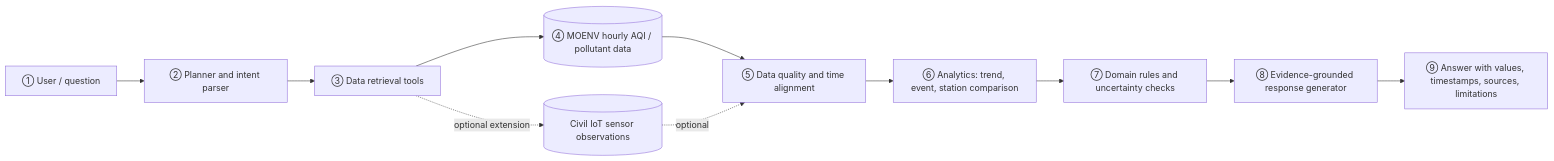
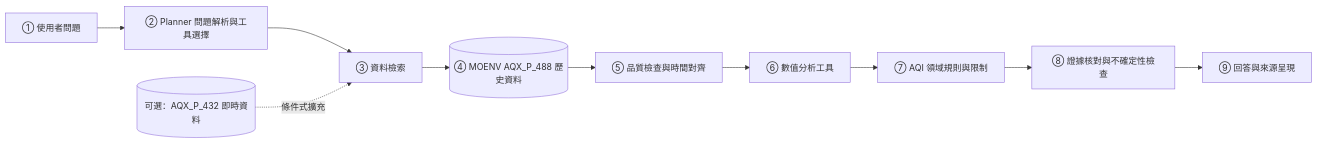
Before and after one commit to Jurass4207/IOT-Final-Project-Proposal: the first of 2 diagrams in Proposal.md, drawn with Mermaid. The commit also changed other lines of this file and 6 other files, not shown here.

````diff
--- a/Proposal.md
+++ b/Proposal.md
@@ -130,13 +145,12 @@
 ```mermaid
 flowchart LR
-  U[① User / question] --> P[② Planner and intent parser]
-  P --> R[③ Data retrieval tools]
-  R --> D[(④ MOENV hourly AQI / pollutant data)]
-  R -. optional extension .-> I[(Civil IoT sensor observations)]
-  D --> Q[⑤ Data quality and time alignment]
-  I -. optional .-> Q
-  Q --> A[⑥ Analytics: trend, event, station comparison]
-  A --> K[⑦ Domain rules and uncertainty checks]
-  K --> G[⑧ Evidence-grounded response generator]
-  G --> O[⑨ Answer with values, timestamps, sources, limitations]
+  A[① 使用者問題] --> B[② Planner 問題解析與工具選擇]
+  B --> C[③ 資料檢索]
+  C --> D[(④ MOENV AQX_P_488 歷史資料)]
+  D --> E[⑤ 品質檢查與時間對齊]
+  E --> F[⑥ 數值分析工具]
+  F --> G[⑦ AQI 領域規則與限制]
+  G --> H[⑧ 證據核對與不確定性檢查]
+  H --> I[⑨ 回答與來源呈現]
+  J[(可選：AQX_P_432 即時資料)] -. 條件式擴充 .-> C
 ```
````
